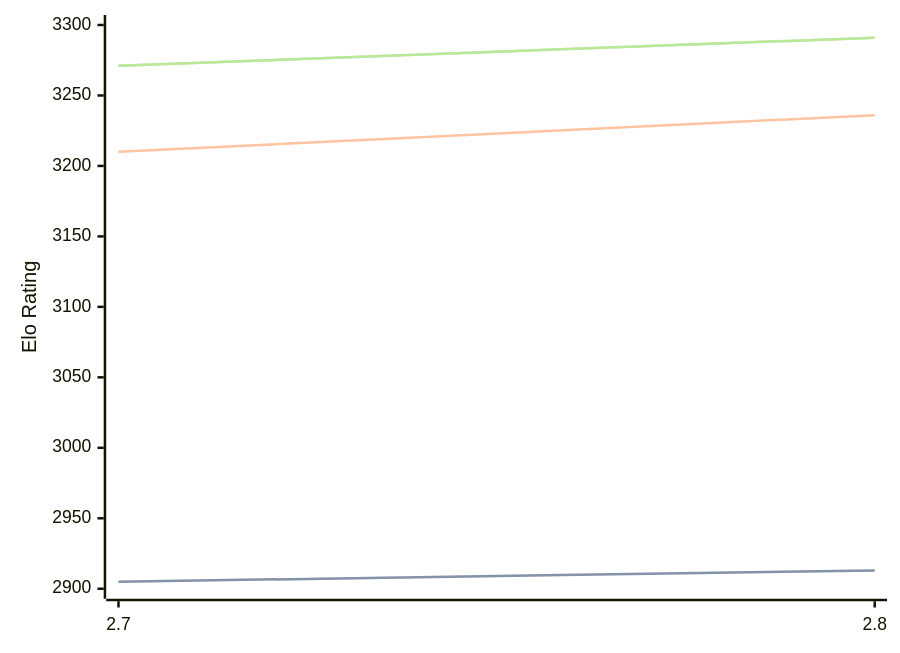
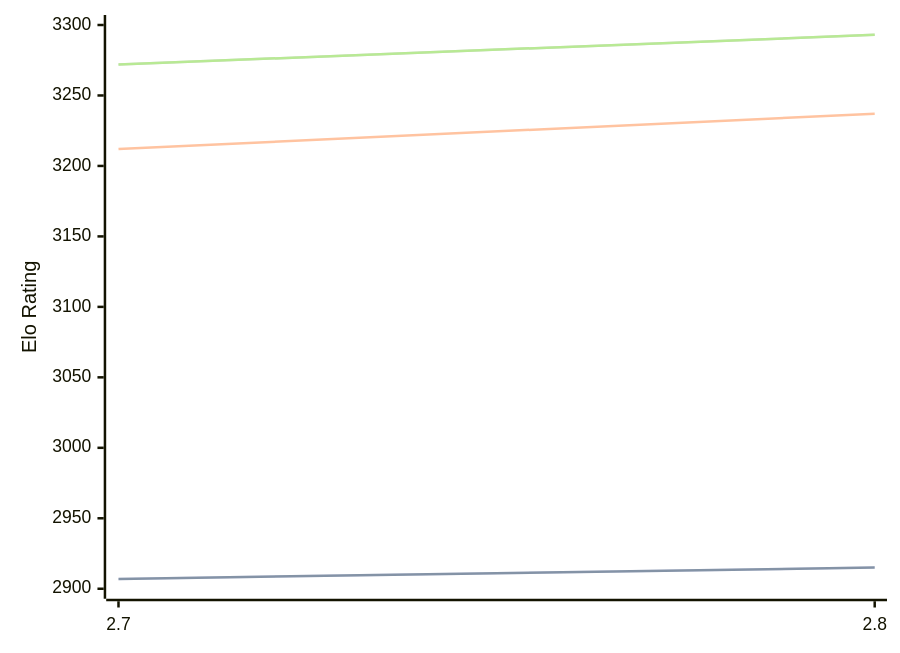
One commit to computer-chess-index/cci changed the diagram in engines/Arcanum.md. Above: the diagram before and after it, drawn with Mermaid. The commit also changed other lines of this file, not shown here.

Commit message:
Update CCI Ratings (ELO VLTC) - 2026-10-09

````diff
--- a/engines/Arcanum.md
+++ b/engines/Arcanum.md
@@ -32,11 +32,11 @@
 ```mermaid
 %%{init: {"theme":"base","themeVariables":{"seriesColors:['#a3a3a3','#222221','#faa371']}}}%%
 xychart-beta
   x-axis ["2.7", "2.8"]
   y-axis "Elo Rating" 2900 --> 3300
-  line "" [2905, 2913]
-  line "STC (8.0+0.08s)" [2905, 2913]
-  line "LTC (60.0+0.60s)" [3210, 3236]
-  line "" [3271, 3291]
-  line "VLTC (2m24s+1.12s)" [3271, 3291]
+  line "" [2907, 2915]
+  line "STC (8.0+0.08s)" [2907, 2915]
+  line "LTC (60.0+0.60s)" [3212, 3237]
+  line "" [3272, 3293]
+  line "VLTC (2m24s+1.12s)" [3272, 3293]
 ```
````
